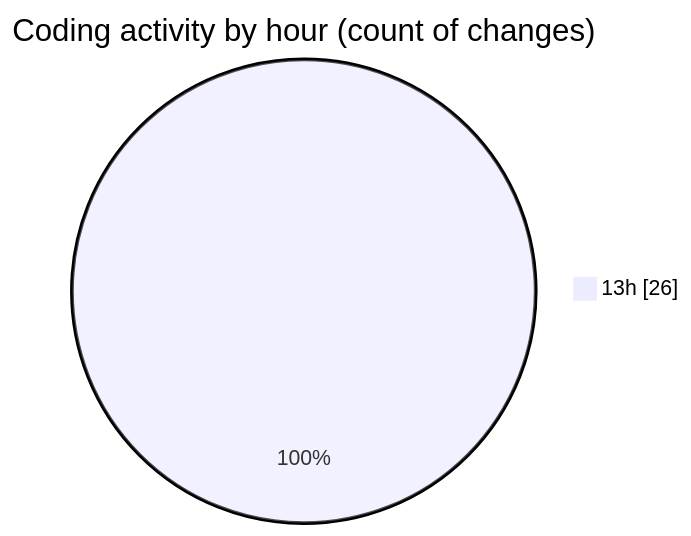
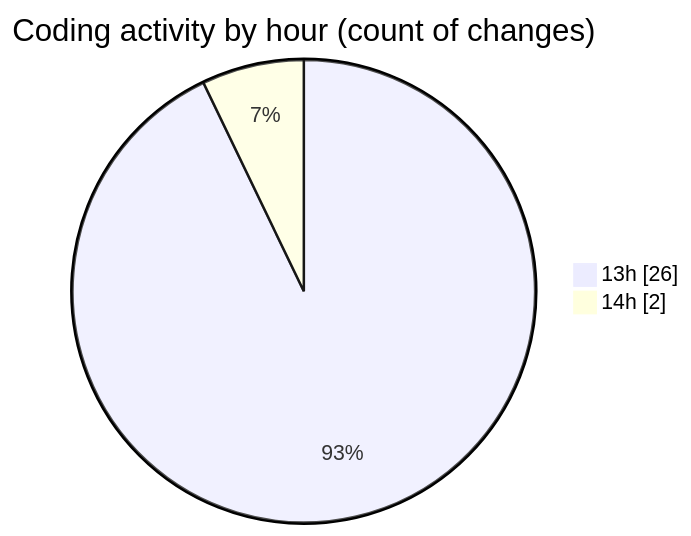
The second of 2 diagrams in 2025-06-29/whiteboard/README.md (Ritupan-Deka/code-tracking), drawn with Mermaid before and after one commit. The commit also changed other lines of this file and 1 other file, not shown here.

````diff
--- a/2025-06-29/whiteboard/README.md
+++ b/2025-06-29/whiteboard/README.md
@@ -31,5 +31,6 @@
 ```mermaid
 pie showData
 title Coding activity by hour (count of changes)
 "13h" : 26
+"14h" : 2
 ```
````
